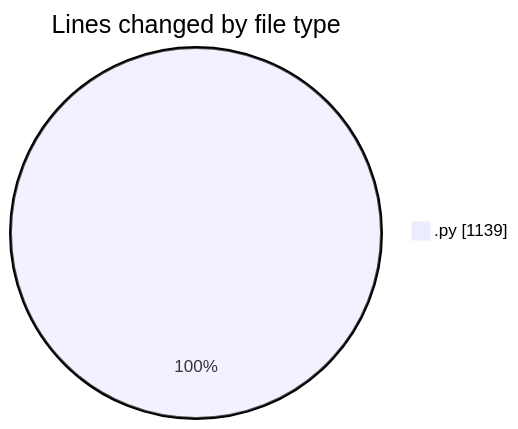
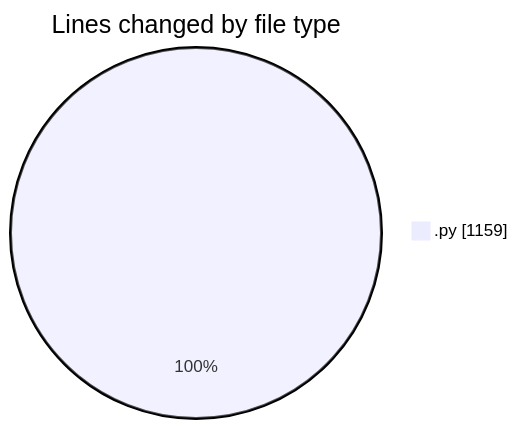
One commit to MatusMokan/code-tracking changed the first of 2 diagrams in 2025-03-26/myws__workspace_/README.md. Above: the diagram before and after it, drawn with Mermaid. The commit also changed other lines of this file and 1 other file, not shown here.

````diff
--- a/2025-03-26/myws__workspace_/README.md
+++ b/2025-03-26/myws__workspace_/README.md
@@ -20,5 +20,5 @@
 ```mermaid
 pie showData
 title Lines changed by file type
-".py" : 1139
+".py" : 1159
 ```
````
